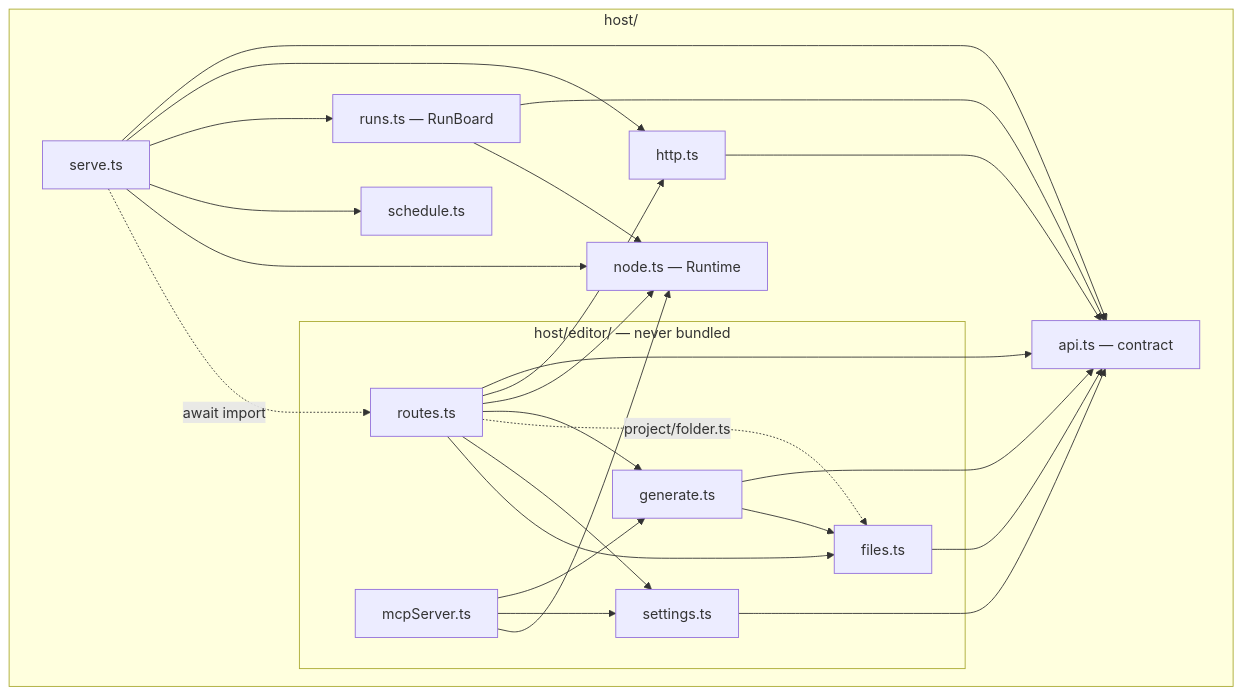
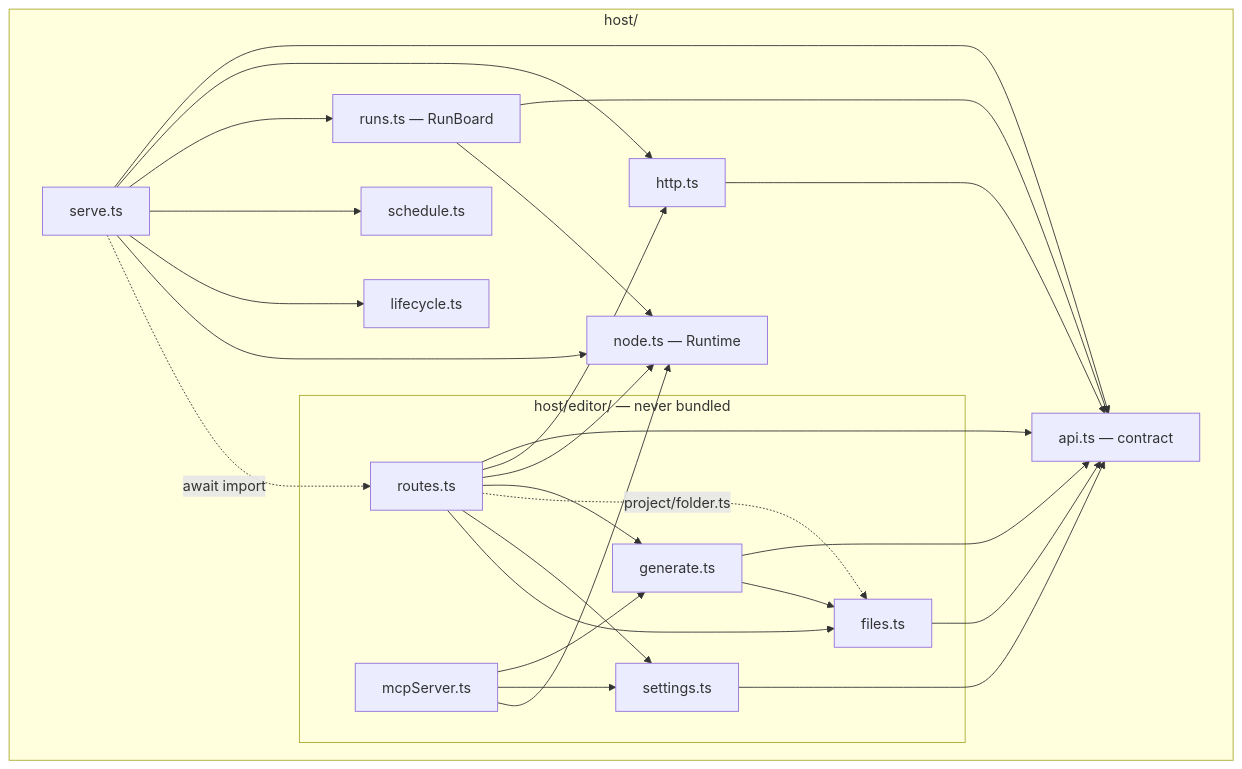
One commit to Archimedes79/AI_Graph changed the third of 4 diagrams in arch/overview.md. Above: the diagram before and after it, drawn with Mermaid. The commit also changed other lines of this file and 10 other files, not shown here.

````diff
--- a/arch/overview.md
+++ b/arch/overview.md
@@ -145,42 +145,44 @@
 ```mermaid
 flowchart TD
   subgraph host["host/"]
     Api["api.ts — contract"]
     Http["http.ts"]
     Serve["serve.ts"]
     Runs["runs.ts — RunBoard"]
     Schedule["schedule.ts"]
+    Lifecycle["lifecycle.ts"]
     Node["node.ts — Runtime"]
     subgraph editor["host/editor/ — never bundled"]
       Routes["routes.ts"]
       Generate["generate.ts"]
       Settings["settings.ts"]
       Files["files.ts"]
       Mcp["mcpServer.ts"]
     end
   end
 
   Serve --> Api
   Serve --> Http
   Serve --> Runs
   Serve --> Schedule
+  Serve --> Lifecycle
   Serve --> Node
   Serve -. "await import" .-> Routes
   Http --> Api
   Runs --> Api
   Runs --> Node
   Routes --> Api
   Routes --> Http
   Routes --> Node
   Routes --> Generate
   Routes -. "project/folder.ts" .-> Files
   Routes --> Settings
   Routes --> Files
   Generate --> Api
   Generate --> Files
   Settings --> Api
   Files --> Api
   Mcp --> Generate
   Mcp --> Settings
   Mcp --> Node
 ```
````
